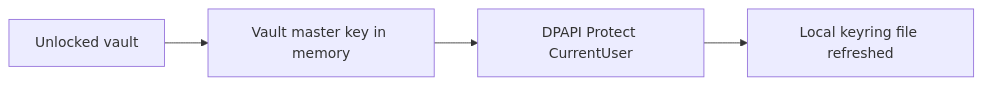
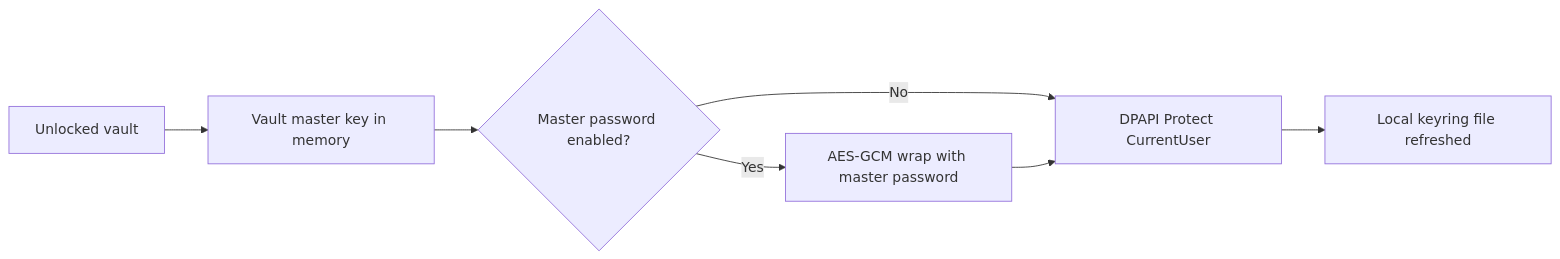
One commit to viamus/locker-it changed the third of 4 diagrams in .docs/recovery.md. Above: the diagram before and after it, drawn with Mermaid. The commit also changed other lines of this file and 23 other files, not shown here.

````diff
--- a/.docs/recovery.md
+++ b/.docs/recovery.md
@@ -63,6 +65,9 @@
 ```mermaid
 flowchart LR
     UnlockedVault["Unlocked vault"] --> MasterKey["Vault master key in memory"]
-    MasterKey --> Dpapi["DPAPI Protect CurrentUser"]
+    MasterKey --> Mode{"Master password enabled?"}
+    Mode -- "No" --> Dpapi["DPAPI Protect CurrentUser"]
+    Mode -- "Yes" --> Wrap["AES-GCM wrap with master password"]
+    Wrap --> Dpapi
     Dpapi --> Keyring["Local keyring file refreshed"]
 ```
````
